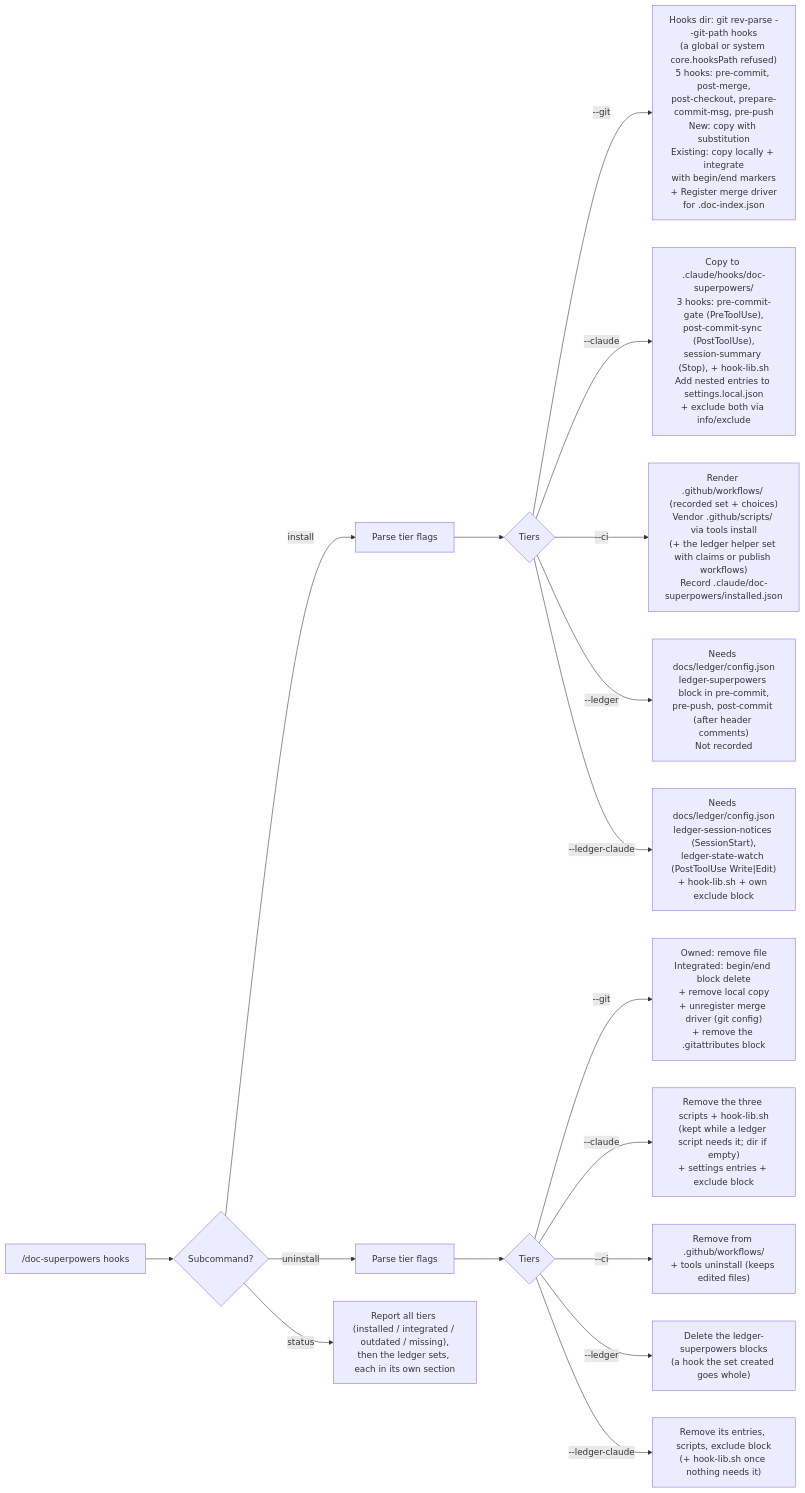
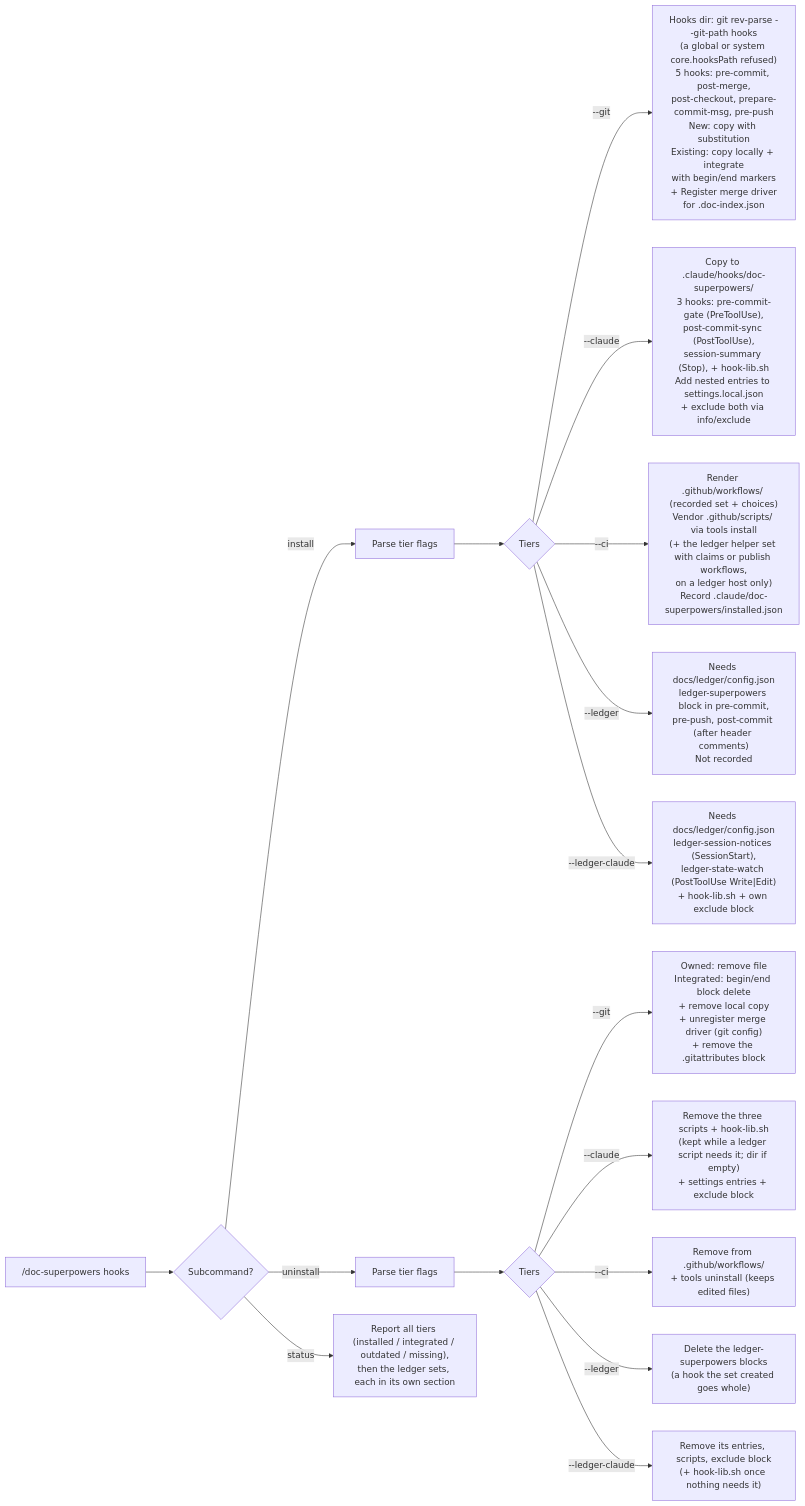
The fifth of 11 diagrams in docs/workflows/doc-superpowers.md (woodrowpearson/doc-superpowers), drawn with Mermaid before and after one commit. The commit also changed other lines of this file and 9 other files, not shown here.

````diff
--- a/docs/workflows/doc-superpowers.md
+++ b/docs/workflows/doc-superpowers.md
@@ -470,19 +470,19 @@
 ```mermaid
 flowchart LR
   A["/doc-superpowers hooks"] --> B{Subcommand?}
   B -->|install| C["Parse tier flags"]
   B -->|uninstall| D["Parse tier flags"]
   B -->|status| E["Report all tiers (installed / integrated / outdated / missing),<br>then the ledger sets, each in its own section"]
   C --> F{Tiers}
   F -->|--git| G["Hooks dir: git rev-parse --git-path hooks<br>(a global or system core.hooksPath refused)<br>5 hooks: pre-commit, post-merge,<br>post-checkout, prepare-commit-msg, pre-push<br>New: copy with substitution<br>Existing: copy locally + integrate<br>with begin/end markers<br>+ Register merge driver<br>for .doc-index.json"]
   F -->|--claude| H["Copy to .claude/hooks/doc-superpowers/<br>3 hooks: pre-commit-gate (PreToolUse),<br>post-commit-sync (PostToolUse),<br>session-summary (Stop), + hook-lib.sh<br>Add nested entries to settings.local.json<br>+ exclude both via info/exclude"]
-  F -->|--ci| I["Render .github/workflows/ (recorded set + choices)<br>Vendor .github/scripts/ via tools install<br>(+ the ledger helper set with claims or publish workflows)<br>Record .claude/doc-superpowers/installed.json"]
+  F -->|--ci| I["Render .github/workflows/ (recorded set + choices)<br>Vendor .github/scripts/ via tools install<br>(+ the ledger helper set with claims or publish workflows,<br>on a ledger host only)<br>Record .claude/doc-superpowers/installed.json"]
   F -->|--ledger| LG["Needs docs/ledger/config.json<br>ledger-superpowers block in pre-commit,<br>pre-push, post-commit (after header comments)<br>Not recorded"]
   F -->|--ledger-claude| LC["Needs docs/ledger/config.json<br>ledger-session-notices (SessionStart),<br>ledger-state-watch (PostToolUse Write|Edit)<br>+ hook-lib.sh + own exclude block"]
   D --> J{Tiers}
   J -->|--git| K["Owned: remove file<br>Integrated: begin/end block delete<br>+ remove local copy<br>+ unregister merge driver (git config)<br>+ remove the .gitattributes block"]
   J -->|--claude| L["Remove the three scripts + hook-lib.sh<br>(kept while a ledger script needs it; dir if empty)<br>+ settings entries + exclude block"]
   J -->|--ci| M["Remove from .github/workflows/<br>+ tools uninstall (keeps edited files)"]
   J -->|--ledger| ML["Delete the ledger-superpowers blocks<br>(a hook the set created goes whole)"]
   J -->|--ledger-claude| MC["Remove its entries, scripts, exclude block<br>(+ hook-lib.sh once nothing needs it)"]
 ```
````
